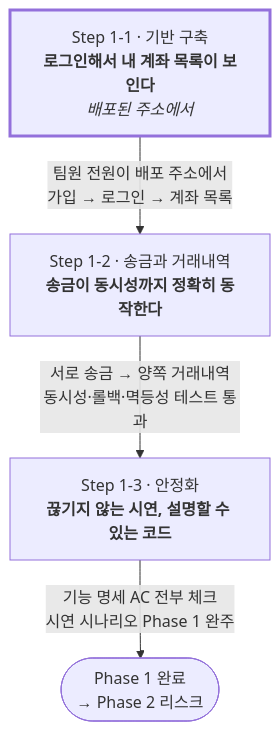
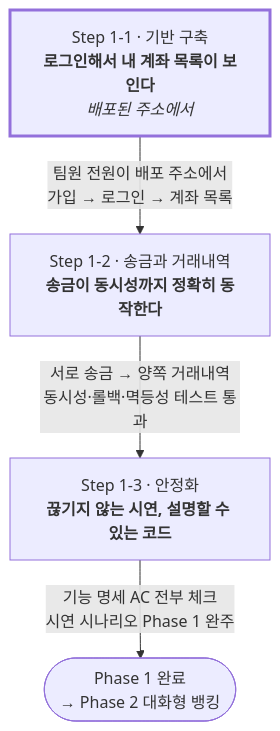
One commit to ShinhanDSProject/talking-bank changed the diagram in docs/domains/01-core.md. Above: the diagram before and after it, drawn with Mermaid. The commit also changed other lines of this file and 9 other files, not shown here.

Commit message:
docs: 프로젝트 주제를 대화형 뱅킹으로 좁히고 Phase 3~7을 향후 확장 후보로 내림

````diff
--- a/docs/domains/01-core.md
+++ b/docs/domains/01-core.md
@@ -113,13 +113,13 @@
 ```mermaid
 flowchart TB
     s1["Step 1-1 · 기반 구축<br/><b>로그인해서 내 계좌 목록이 보인다</b><br/><i>배포된 주소에서</i>"]
     s2["Step 1-2 · 송금과 거래내역<br/><b>송금이 동시성까지 정확히 동작한다</b>"]
     s3["Step 1-3 · 안정화<br/><b>끊기지 않는 시연, 설명할 수 있는 코드</b>"]
-    done(["Phase 1 완료<br/>→ Phase 2 리스크"])
+    done(["Phase 1 완료<br/>→ Phase 2 대화형 뱅킹"])
 
     s1 -- "팀원 전원이 배포 주소에서<br/>가입 → 로그인 → 계좌 목록" --> s2
     s2 -- "서로 송금 → 양쪽 거래내역<br/>동시성·롤백·멱등성 테스트 통과" --> s3
     s3 -- "기능 명세 AC 전부 체크<br/>시연 시나리오 Phase 1 완주" --> done
 
     style s1 stroke-width:3px
 ```
````
